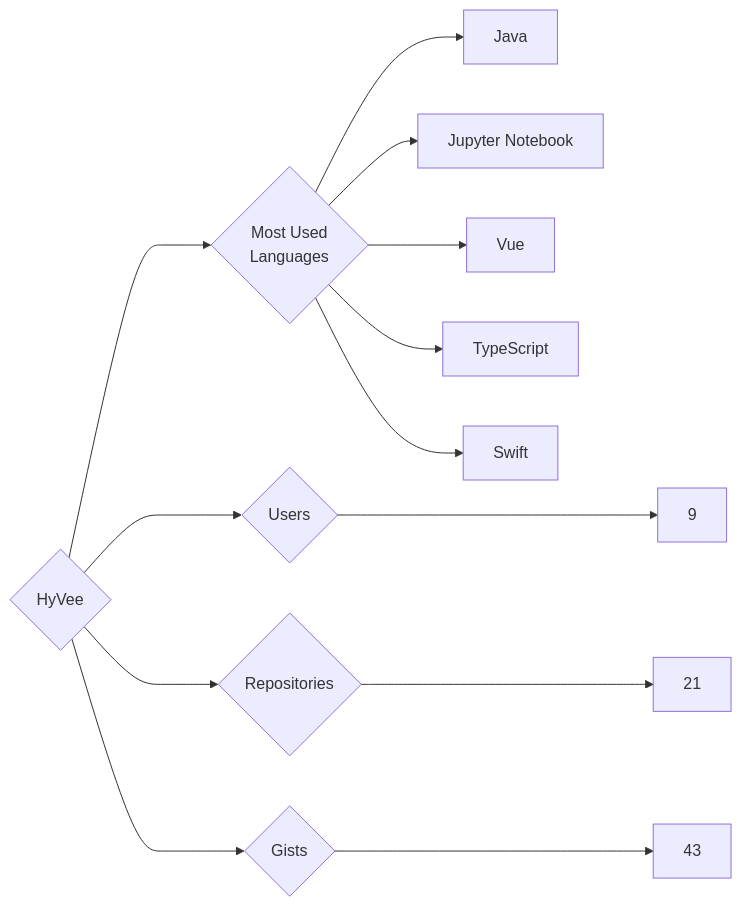
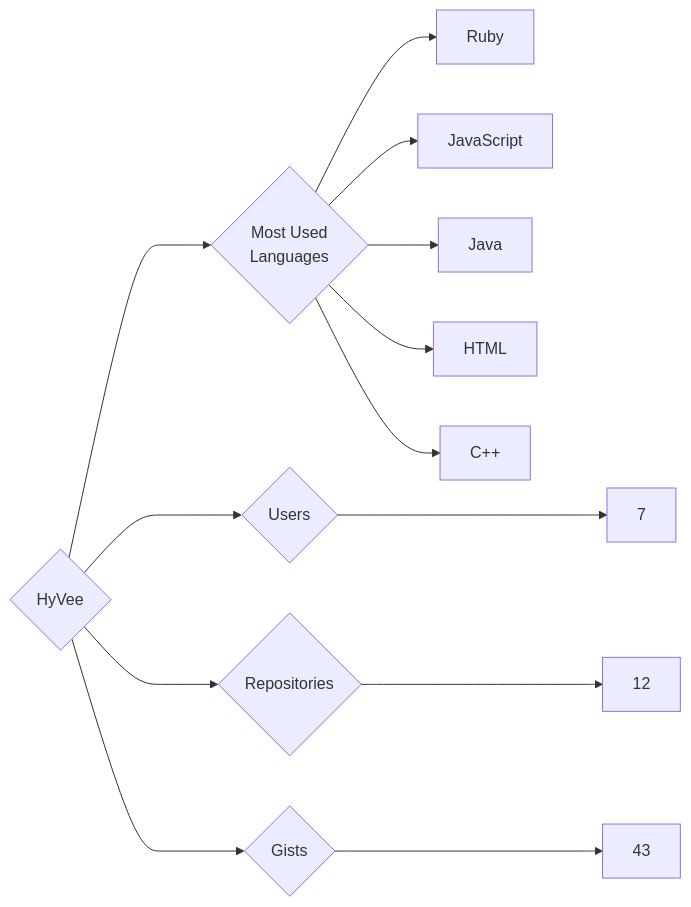
The diagram in targets/HyVee/README.md (trickest/insiders), drawn with Mermaid before and after one commit. The commit also changed 1195 other files, not shown here.

````diff
--- a/targets/HyVee/README.md
+++ b/targets/HyVee/README.md
@@ -3,13 +3,13 @@
 ```mermaid
 graph LR
 COMPANY_NAME{HyVee}
-COMPANY_NAME ---> U{Users} ---> UN[9]
-COMPANY_NAME ---> R{Repositories} ---> RN[21]
+COMPANY_NAME ---> U{Users} ---> UN[7]
+COMPANY_NAME ---> R{Repositories} ---> RN[12]
 COMPANY_NAME ---> G{Gists} ---> GN[43]
 COMPANY_NAME ---> ML{Most Used<br>Languages}
+ML --> Ruby[Ruby]
+ML --> JavaScript[JavaScript]
 ML --> Java[Java]
-ML --> Jupyter_Notebook[Jupyter Notebook]
-ML --> Vue[Vue]
-ML --> TypeScript[TypeScript]
-ML --> Swift[Swift]
+ML --> HTML[HTML]
+ML --> C++[C++]
 ```
````
